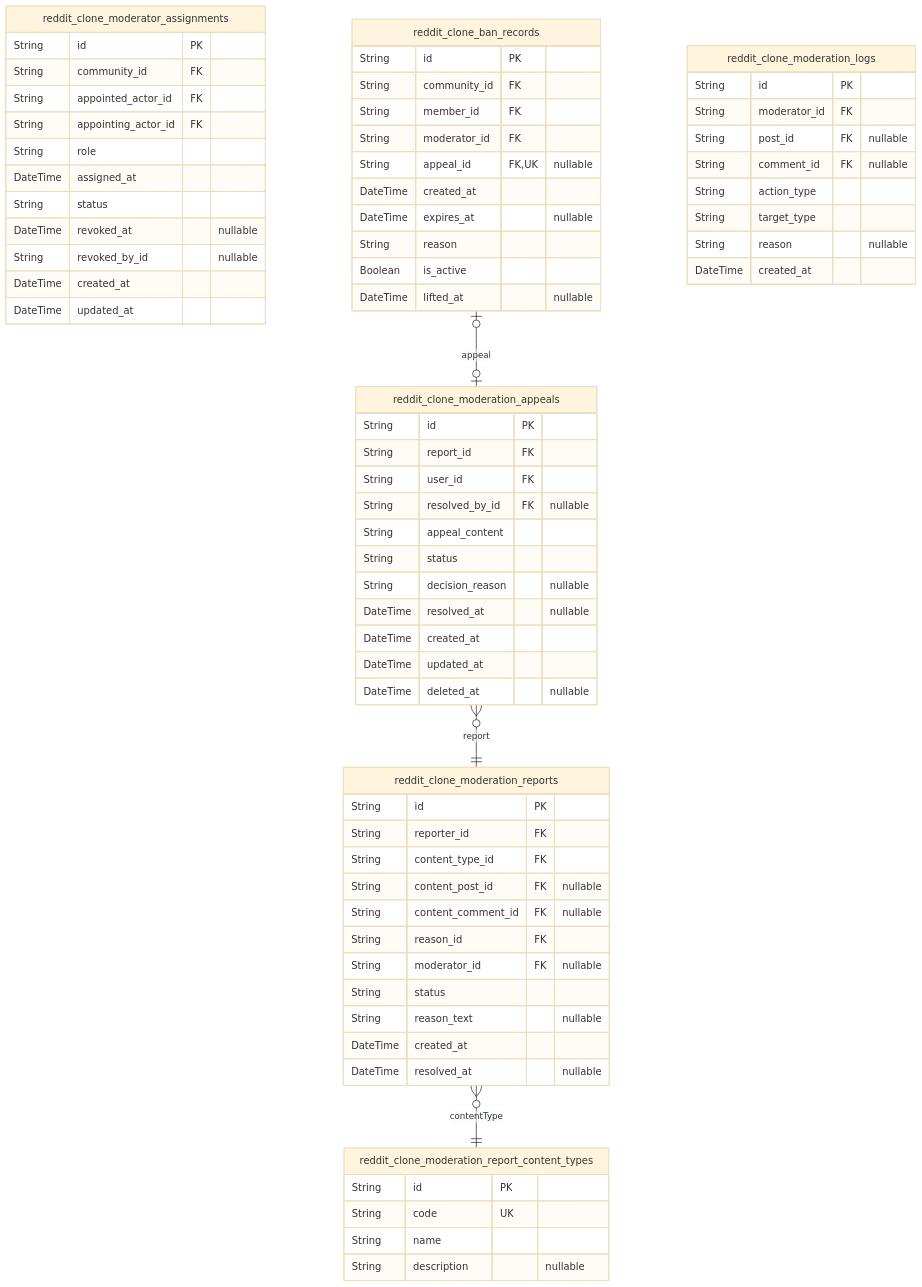
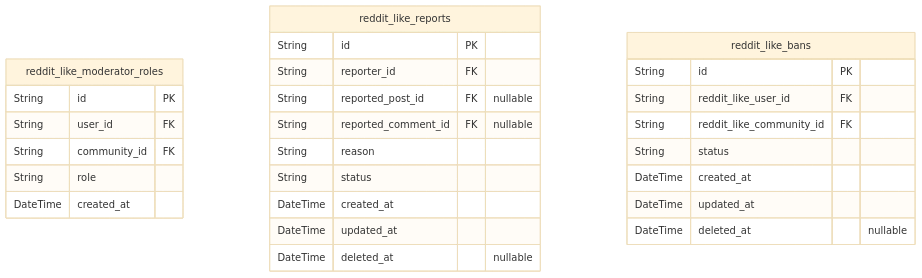
One commit to wrtnlabs/autobe-examples changed the fifth of 6 diagrams in qwen/qwen3-coder-next/reddit/docs/ERD.md. Above: the diagram before and after it, drawn with Mermaid (base theme). The commit also changed other lines of this file and 17098 other files, not shown here.

````diff
--- a/qwen/qwen3-coder-next/reddit/docs/ERD.md
+++ b/qwen/qwen3-coder-next/reddit/docs/ERD.md
@@ -1299,73 +860,30 @@
 ```mermaid
 erDiagram
-"reddit_clone_moderator_assignments" {
+"reddit_like_moderator_roles" {
   String id PK
+  String user_id FK
   String community_id FK
-  String appointed_actor_id FK
-  String appointing_actor_id FK
   String role
-  DateTime assigned_at
-  String status
-  DateTime revoked_at "nullable"
-  String revoked_by_id "nullable"
-  DateTime created_at
-  DateTime updated_at
-}
-"reddit_clone_ban_records" {
-  String id PK
-  String community_id FK
-  String member_id FK
-  String moderator_id FK
-  String appeal_id FK,UK "nullable"
-  DateTime created_at
-  DateTime expires_at "nullable"
-  String reason
-  Boolean is_active
-  DateTime lifted_at "nullable"
-}
-"reddit_clone_moderation_logs" {
-  String id PK
-  String moderator_id FK
-  String post_id FK "nullable"
-  String comment_id FK "nullable"
-  String action_type
-  String target_type
-  String reason "nullable"
   DateTime created_at
 }
-"reddit_clone_moderation_appeals" {
+"reddit_like_reports" {
   String id PK
-  String report_id FK
-  String user_id FK
-  String resolved_by_id FK "nullable"
-  String appeal_content
+  String reporter_id FK
+  String reported_post_id FK "nullable"
+  String reported_comment_id FK "nullable"
+  String reason
   String status
-  String decision_reason "nullable"
-  DateTime resolved_at "nullable"
   DateTime created_at
   DateTime updated_at
   DateTime deleted_at "nullable"
 }
-"reddit_clone_moderation_reports" {
+"reddit_like_bans" {
   String id PK
-  String reporter_id FK
-  String content_type_id FK
-  String content_post_id FK "nullable"
-  String content_comment_id FK "nullable"
-  String reason_id FK
-  String moderator_id FK "nullable"
+  String reddit_like_user_id FK
+  String reddit_like_community_id FK
   String status
-  String reason_text "nullable"
   DateTime created_at
-  DateTime resolved_at "nullable"
+  DateTime updated_at
+  DateTime deleted_at "nullable"
 }
-"reddit_clone_moderation_report_content_types" {
-  String id PK
-  String code UK
-  String name
-  String description "nullable"
-}
-"reddit_clone_ban_records" |o--o| "reddit_clone_moderation_appeals" : appeal
-"reddit_clone_moderation_appeals" }o--|| "reddit_clone_moderation_reports" : report
-"reddit_clone_moderation_reports" }o--|| "reddit_clone_moderation_report_content_types" : contentType
 ```
````
